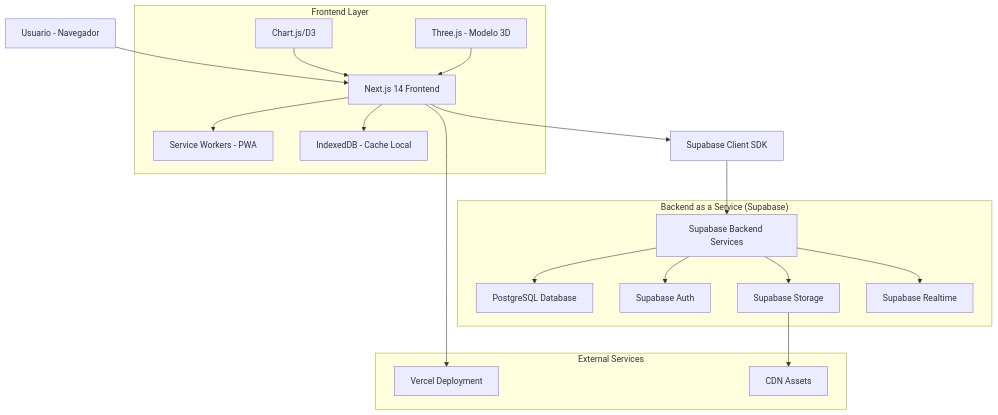
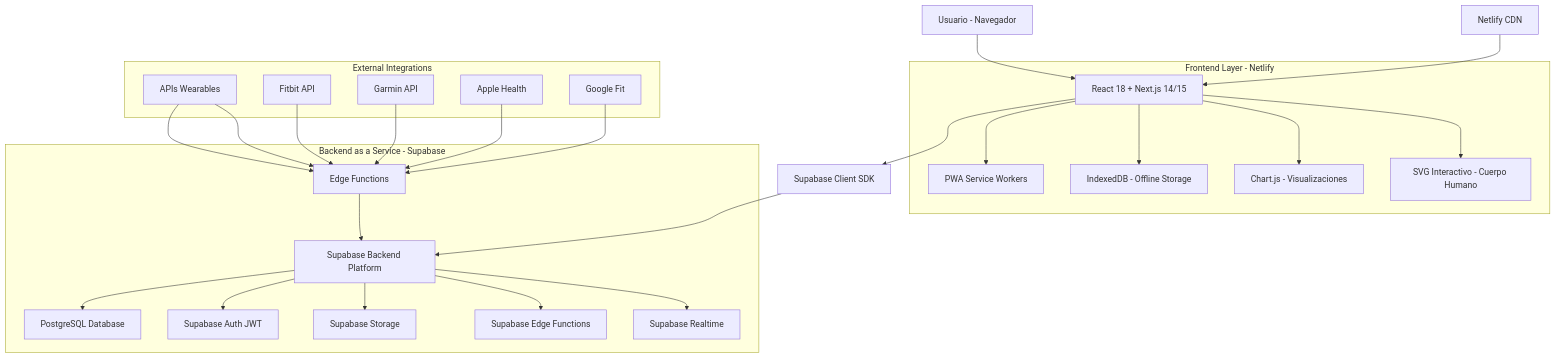
Before and after one commit to jostincp/FitTrackerPro: the first of 3 diagrams in .trae/documents/Technical_Architecture_FitTracker_Pro_v2.md, drawn with Mermaid. The commit also changed other lines of this file and 1 other file, not shown here.

````diff
--- a/.trae/documents/Technical_Architecture_FitTracker_Pro_v2.md
+++ b/.trae/documents/Technical_Architecture_FitTracker_Pro_v2.md
@@ -5,41 +5,54 @@
 ```mermaid
 graph TD
-    A[Usuario - Navegador] --> B[Next.js 14 Frontend]
+    A[Usuario - Navegador] --> B[React 18 + Next.js 14/15]
     B --> C[Supabase Client SDK]
-    C --> D[Supabase Backend Services]
+    C --> D[Supabase Backend Platform]
     
-    B --> E[Service Workers - PWA]
-    B --> F[IndexedDB - Cache Local]
+    B --> E[PWA Service Workers]
+    B --> F[IndexedDB - Offline Storage]
+    B --> G[Chart.js - Visualizaciones]
+    B --> H[SVG Interactivo - Cuerpo Humano]
     
-    D --> G[PostgreSQL Database]
-    D --> H[Supabase Auth]
-    D --> I[Supabase Storage]
-    D --> J[Supabase Realtime]
+    D --> I[PostgreSQL Database]
+    D --> J[Supabase Auth JWT]
+    D --> K[Supabase Storage]
+    D --> L[Supabase Edge Functions]
+    D --> M[Supabase Realtime]
     
-    K[Chart.js/D3] --> B
-    L[Three.js - Modelo 3D] --> B
+    N[APIs Wearables] --> O[Edge Functions]
+    O --> D
     
-    subgraph "Frontend Layer"
+    P[Netlify CDN] --> B
+    
+    subgraph "Frontend Layer - Netlify"
         B
         E
         F
+        G
+        H
+    end
+    
+    subgraph "Backend as a Service - Supabase"
+        D
+        I
+        J
         K
         L
+        M
+        O
     end
     
-    subgraph "Backend as a Service (Supabase)"
-        D
-        G
-        H
-        I
-        J
+    subgraph "External Integrations"
+        N
+        Q[Fitbit API]
+        R[Garmin API]
+        S[Apple Health]
+        T[Google Fit]
     end
     
-    subgraph "External Services"
-        M[Vercel Deployment]
-        N[CDN Assets]
-    end
-    
-    B --> M
-    I --> N
+    N --> O
+    Q --> O
+    R --> O
+    S --> O
+    T --> O
 ```
````
